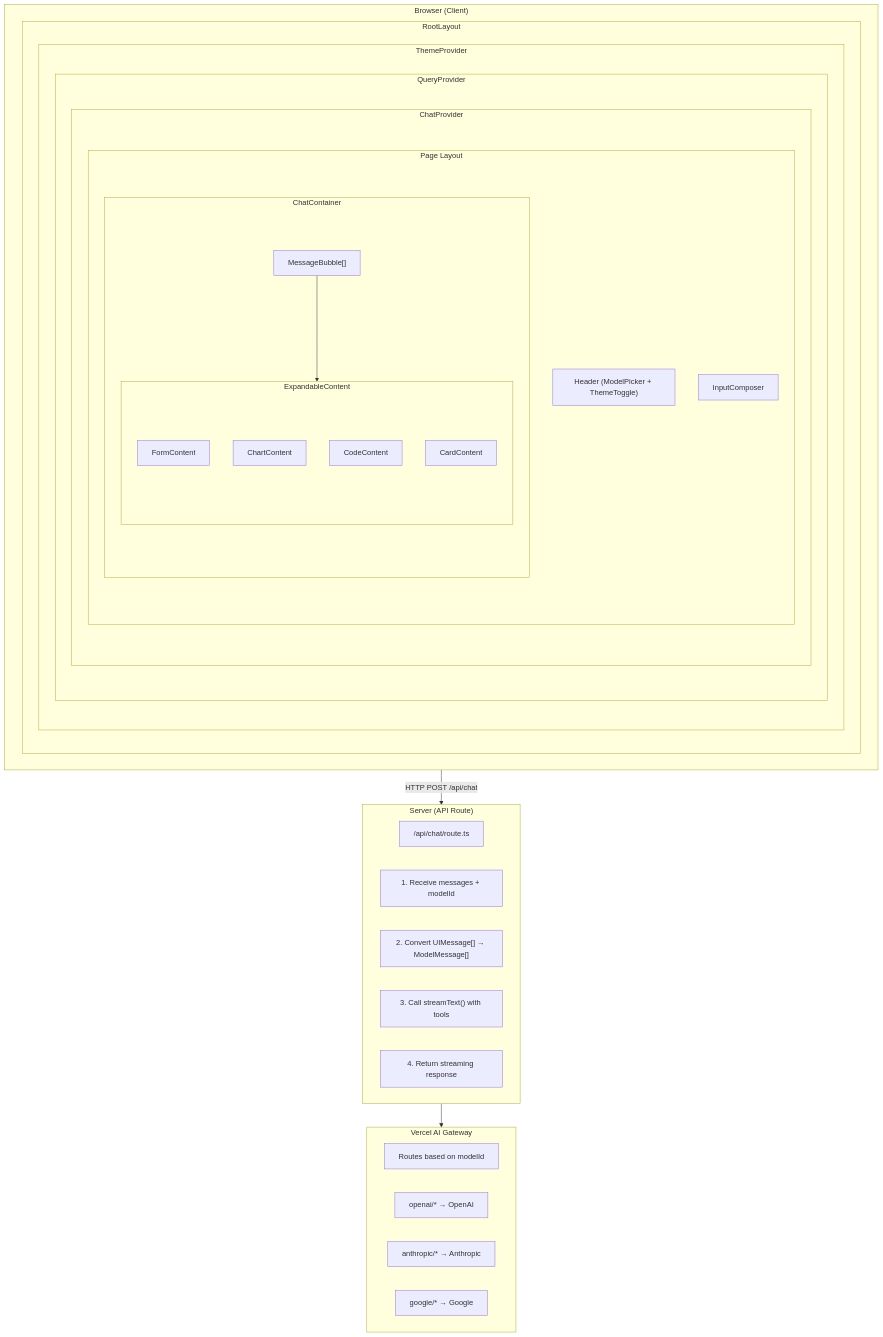
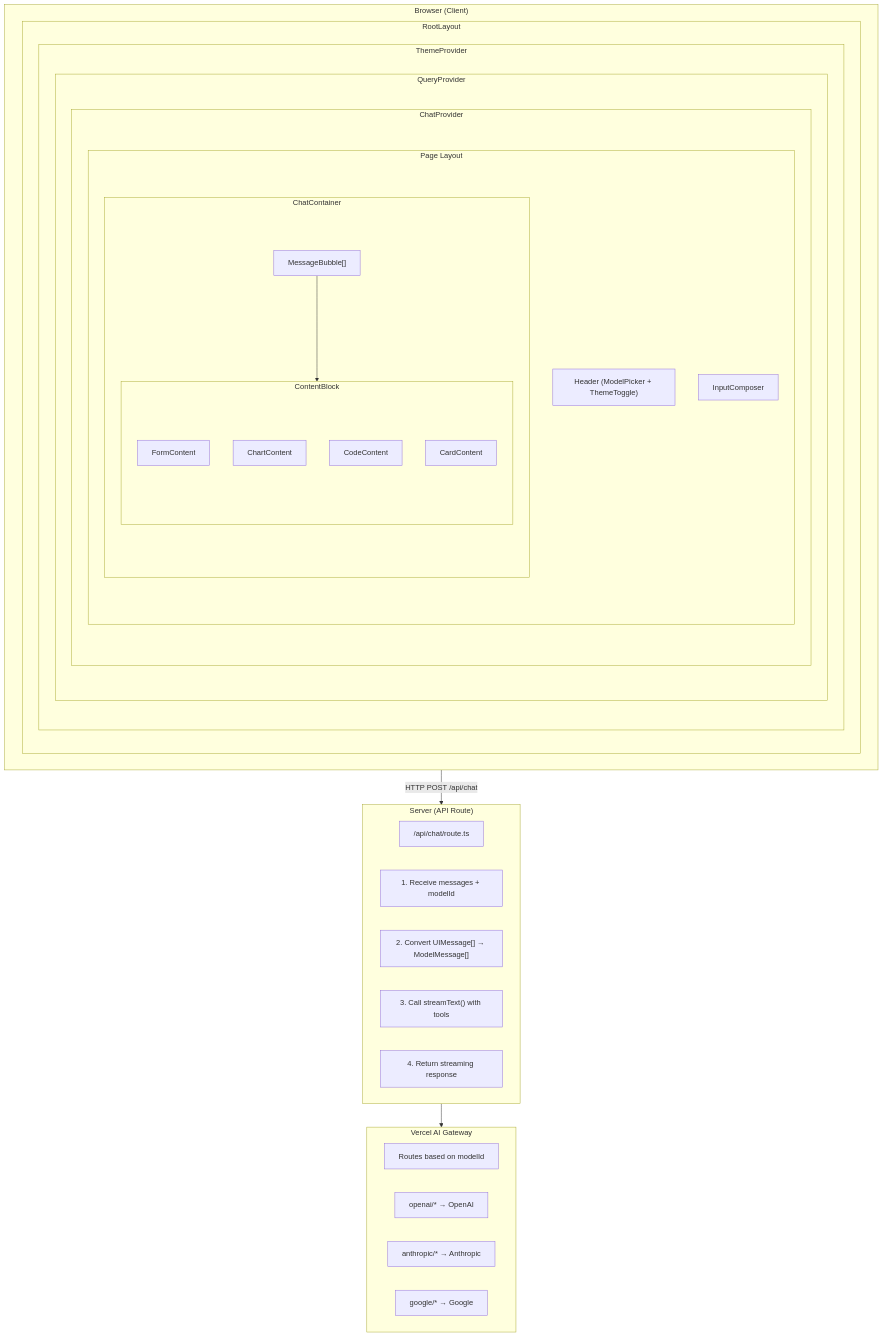
One commit to sequenzia/sequenzia-dev changed the first of 9 diagrams in docs/app-flow.md. Above: the diagram before and after it, drawn with Mermaid. The commit also changed other lines of this file and 11 other files, not shown here.

Commit message:
feat: rename ExpandableContent to ContentBlock and implement new content types for enhanced message handling

````diff
--- a/docs/app-flow.md
+++ b/docs/app-flow.md
@@ -39,46 +39,46 @@
 ```mermaid
 graph TB
     subgraph Browser["Browser (Client)"]
         subgraph RootLayout
             subgraph ThemeProvider
                 subgraph QueryProvider
                     subgraph ChatProvider
                         subgraph PageLayout["Page Layout"]
                             Header["Header (ModelPicker + ThemeToggle)"]
                             subgraph ChatContainer
                                 MessageBubble["MessageBubble[]"]
-                                subgraph ExpandableContent
+                                subgraph ContentBlock
                                     FormContent
                                     ChartContent
                                     CodeContent
                                     CardContent
                                 end
                             end
                             InputComposer
                         end
                     end
                 end
             end
         end
     end
 
     subgraph Server["Server (API Route)"]
         APIRoute["/api/chat/route.ts"]
         Step1["1. Receive messages + modelId"]
         Step2["2. Convert UIMessage[] → ModelMessage[]"]
         Step3["3. Call streamText() with tools"]
         Step4["4. Return streaming response"]
     end
 
     subgraph Gateway["Vercel AI Gateway"]
         Router["Routes based on modelId"]
         OpenAI["openai/* → OpenAI"]
         Anthropic["anthropic/* → Anthropic"]
         Google["google/* → Google"]
     end
 
     Browser -->|"HTTP POST /api/chat"| Server
     Server --> Gateway
 
-    MessageBubble --> ExpandableContent
+    MessageBubble --> ContentBlock
 ```
````
